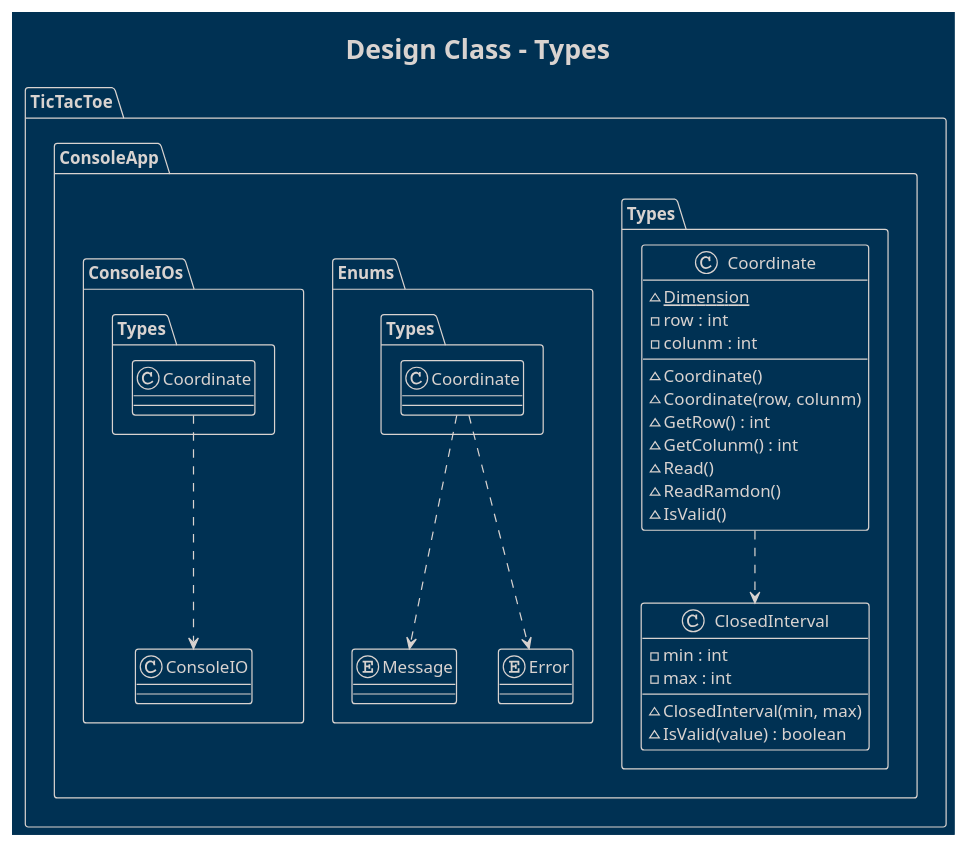
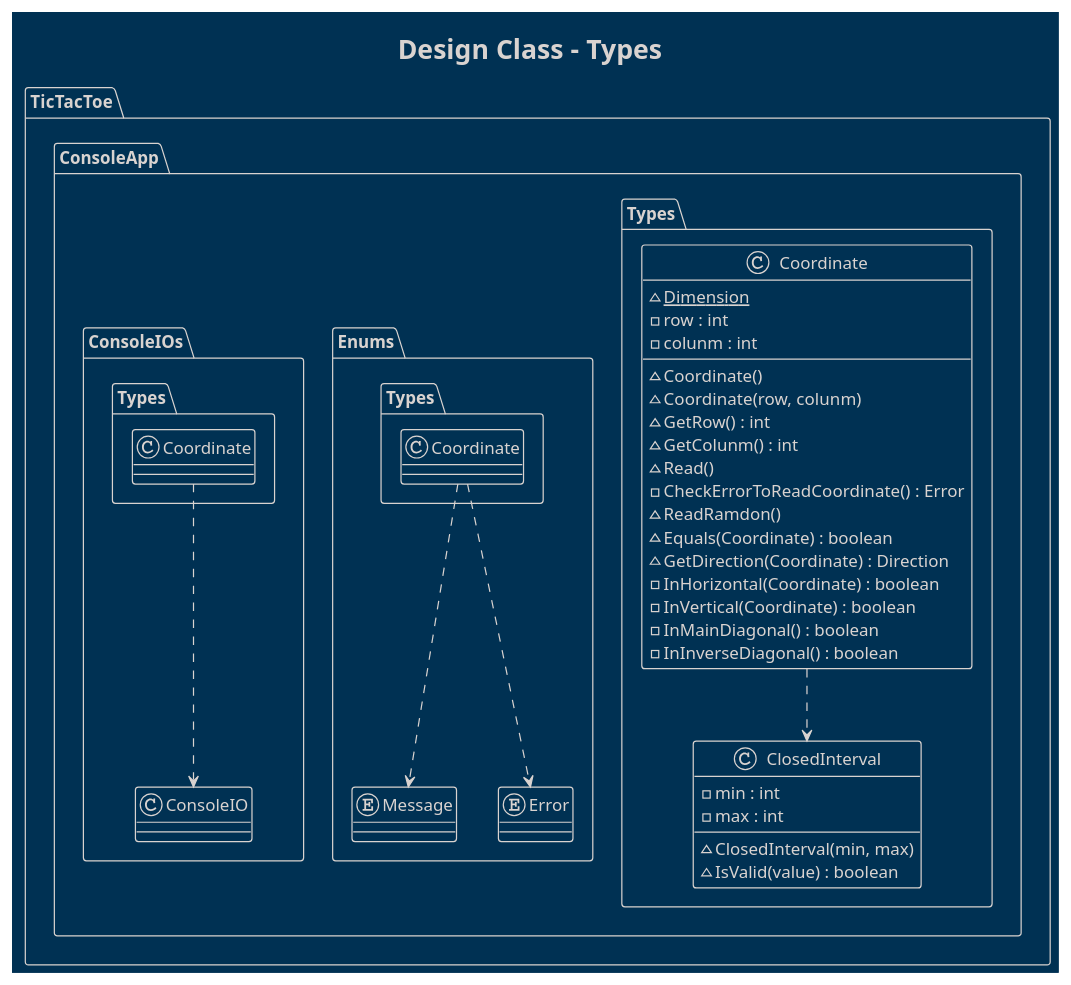
The seventh of 8 diagrams in src/DomainModel/WithMachine/Docs/Design.plantuml (franpaulinoinfante/TicTacToe), drawn with PlantUML before and after one commit. The commit also changed other lines of this file and 11 other files, not shown here.

```diff
--- a/src/DomainModel/WithMachine/Docs/Design.plantuml
+++ b/src/DomainModel/WithMachine/Docs/Design.plantuml
@@ -331,47 +360,53 @@
 @startuml Design Class Types
     !theme blueprint
     title Design Class - Types
 
     package TicTacToe{
         package ConsoleApp{  
             namespace Types{
                 class Coordinate{
                     ~{static}Dimension
                     -row : int
                     -colunm : int
                     ~Coordinate()
                     ~Coordinate(row, colunm)
                     ~GetRow() : int
                     ~GetColunm() : int
                     ~Read()
+                    -CheckErrorToReadCoordinate() : Error
                     ~ReadRamdon()
-                    ~IsValid()
+                    ~ Equals(Coordinate) : boolean
+                    ~GetDirection(Coordinate) : Direction
+                    -InHorizontal(Coordinate) : boolean
+                    -InVertical(Coordinate) : boolean
+                    -InMainDiagonal() : boolean
+                    -InInverseDiagonal() : boolean
                 }
                 Coordinate ..> ClosedInterval
                 
                 class ClosedInterval{
                     -min : int
                     -max : int
                     ~ClosedInterval(min, max)
                     ~IsValid(value) : boolean
                 }
             }
 
             namespace Enums{
                 enum Message{
                 }
                 Message <.up. Types.Coordinate
 
                 enum Error{
                 }
                 Error <.up. Types.Coordinate
             }
 
             namespace ConsoleIOs{
                 class ConsoleIO{
                 }
                 ConsoleIO <.up. Types.Coordinate
             }
         }
     }
 @enduml
```
